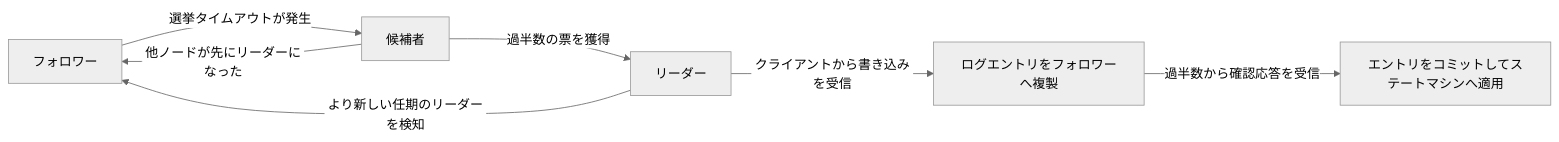
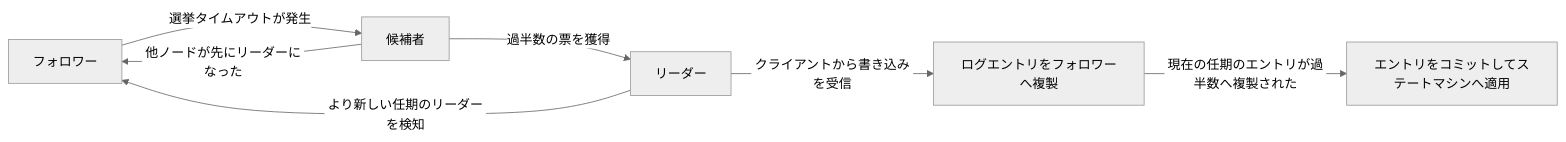
One commit to myoshi2891/Software-Design-and-Architecture changed diagram 14 of 15 in Database-internals-guide.md. Above: the diagram before and after it, drawn with Mermaid (neutral theme). The commit also changed other lines of this file, not shown here.

````diff
--- a/Database-internals-guide.md
+++ b/Database-internals-guide.md
@@ -487,9 +491,9 @@
 ```mermaid
 flowchart LR
     Follower["フォロワー"] -- 選挙タイムアウトが発生 --> Candidate["候補者"]
     Candidate -- 過半数の票を獲得 --> Leader["リーダー"]
     Candidate -- 他ノードが先にリーダーになった --> Follower
     Leader -- より新しい任期のリーダーを検知 --> Follower
     Leader -- クライアントから書き込みを受信 --> Replicate["ログエントリをフォロワーへ複製"]
-    Replicate -- 過半数から確認応答を受信 --> Commit["エントリをコミットしてステートマシンへ適用"]
+    Replicate -- 現在の任期のエントリが過半数へ複製された --> Commit["エントリをコミットしてステートマシンへ適用"]
 ```
````
